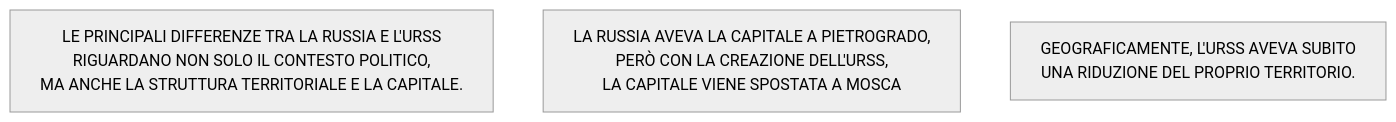
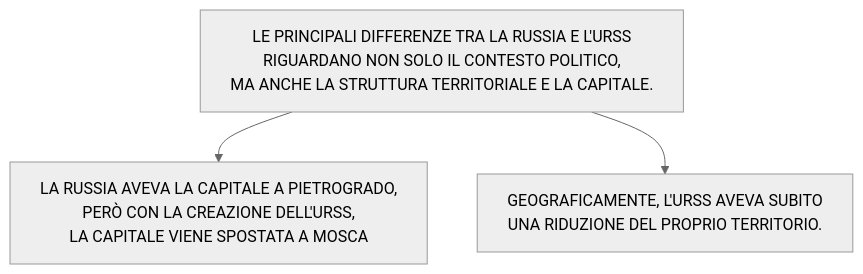
Diagram 13 of 13 in stalinismoRiscrittura.md (Laaouatni/ricerca-storia-MermaidJS), drawn with Mermaid (neutral theme) before and after one commit.

````diff
--- a/stalinismoRiscrittura.md
+++ b/stalinismoRiscrittura.md
@@ -243,7 +243,8 @@
 ```mermaid
 %%{init: { "flowchart": { "wrappingWidth": 800 } }}%%
 flowchart TB
   0[LE PRINCIPALI DIFFERENZE TRA LA RUSSIA E L'URSS <br> RIGUARDANO NON SOLO IL CONTESTO POLITICO, <br>MA ANCHE LA STRUTTURA TERRITORIALE E LA CAPITALE.]
   1[LA RUSSIA AVEVA LA CAPITALE A PIETROGRADO, <BR>PERÒ CON LA CREAZIONE DELL'URSS, <BR>LA CAPITALE VIENE SPOSTATA A MOSCA]
   2[GEOGRAFICAMENTE, L'URSS AVEVA SUBITO <BR>UNA RIDUZIONE DEL PROPRIO TERRITORIO.]
+  0 --> 1 & 2
 ```
````
